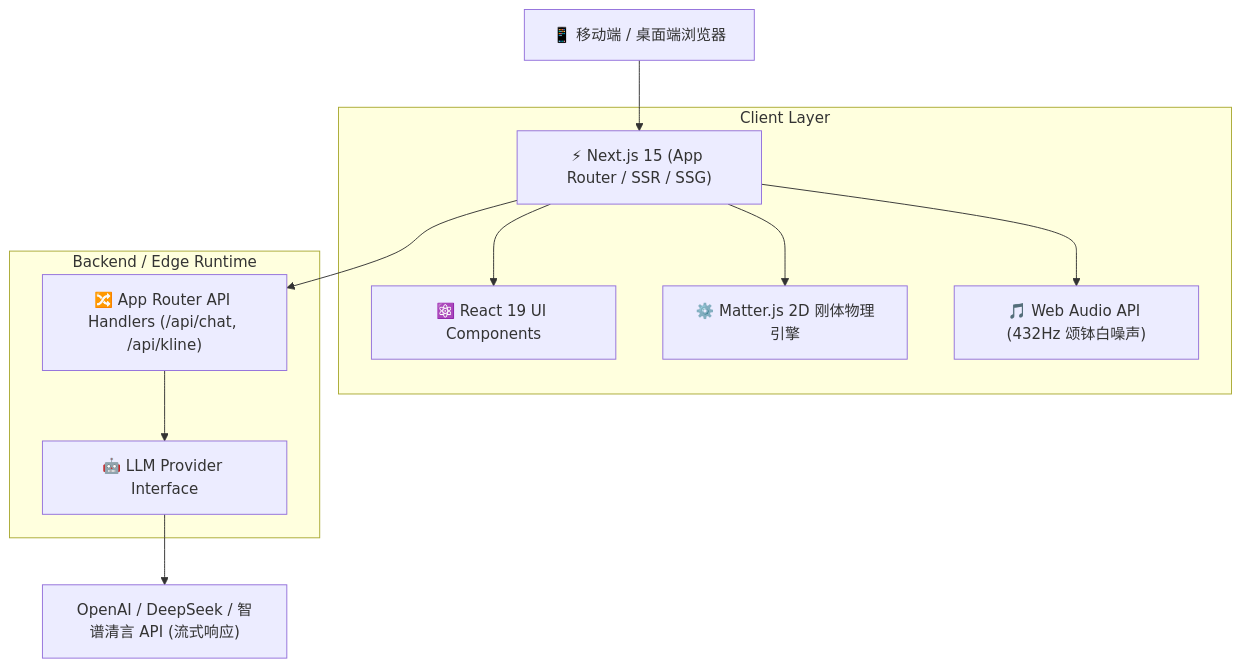
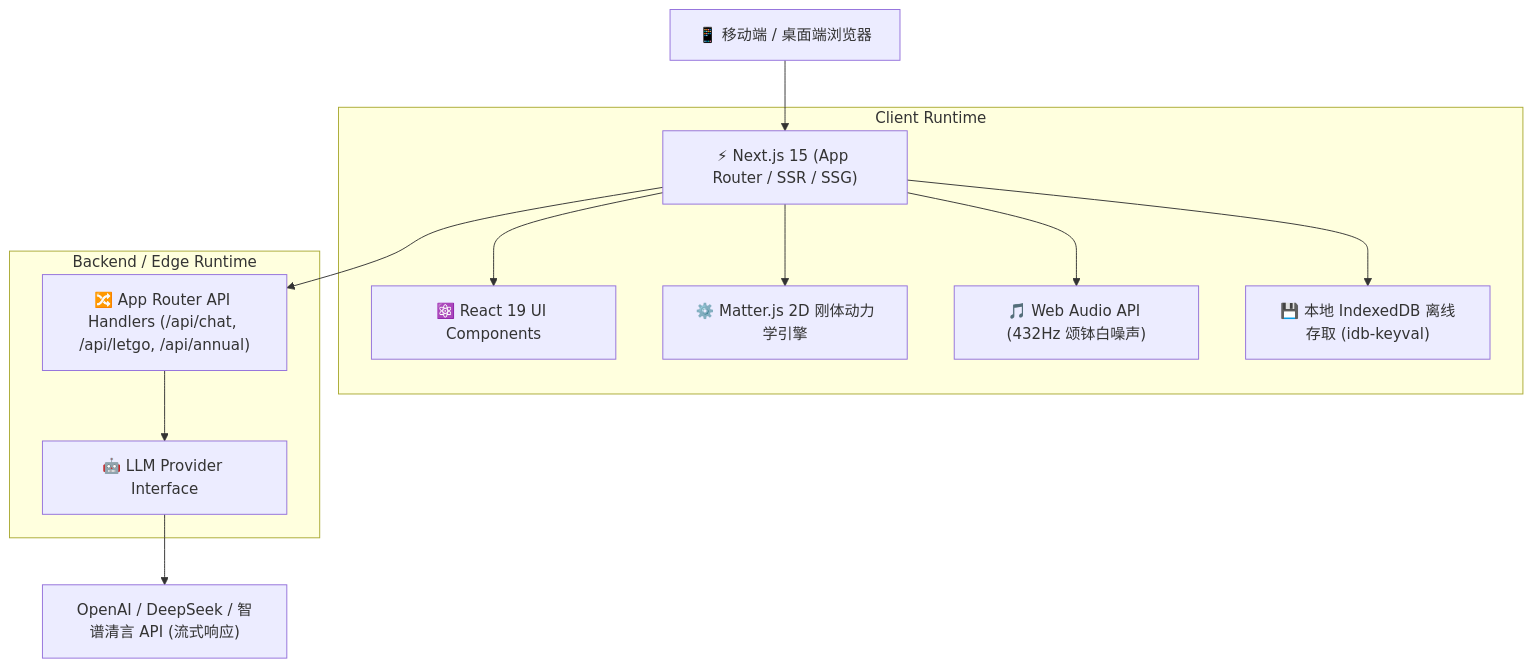
One commit to Evan-Joseph/suanle changed the diagram in README.md. Above: the diagram before and after it, drawn with Mermaid. The commit also changed other lines of this file, not shown here.

````diff
--- a/README.md
+++ b/README.md
@@ -64,17 +88,18 @@
 ```mermaid
 graph TD
     User["📱 移动端 / 桌面端浏览器"] --> NextApp["⚡ Next.js 15 (App Router / SSR / SSG)"]
     
-    subgraph Client Layer
+    subgraph Client Runtime
       NextApp --> React19["⚛️ React 19 UI Components"]
-      NextApp --> MatterPhysics["⚙️ Matter.js 2D 刚体物理引擎"]
+      NextApp --> MatterPhysics["⚙️ Matter.js 2D 刚体动力学引擎"]
       NextApp --> WebAudio["🎵 Web Audio API (432Hz 颂钵白噪声)"]
+      NextApp --> LocalStorage["💾 本地 IndexedDB 离线存取 (idb-keyval)"]
     end
     
     subgraph Backend / Edge Runtime
-      NextApp --> RouteHandler["🔀 App Router API Handlers (/api/chat, /api/kline)"]
+      NextApp --> RouteHandler["🔀 App Router API Handlers (/api/chat, /api/letgo, /api/annual)"]
       RouteHandler --> LLMAdapter["🤖 LLM Provider Interface"]
     end
     
     LLMAdapter --> ModelAPI["OpenAI / DeepSeek / 智谱清言 API (流式响应)"]
 ```
````
